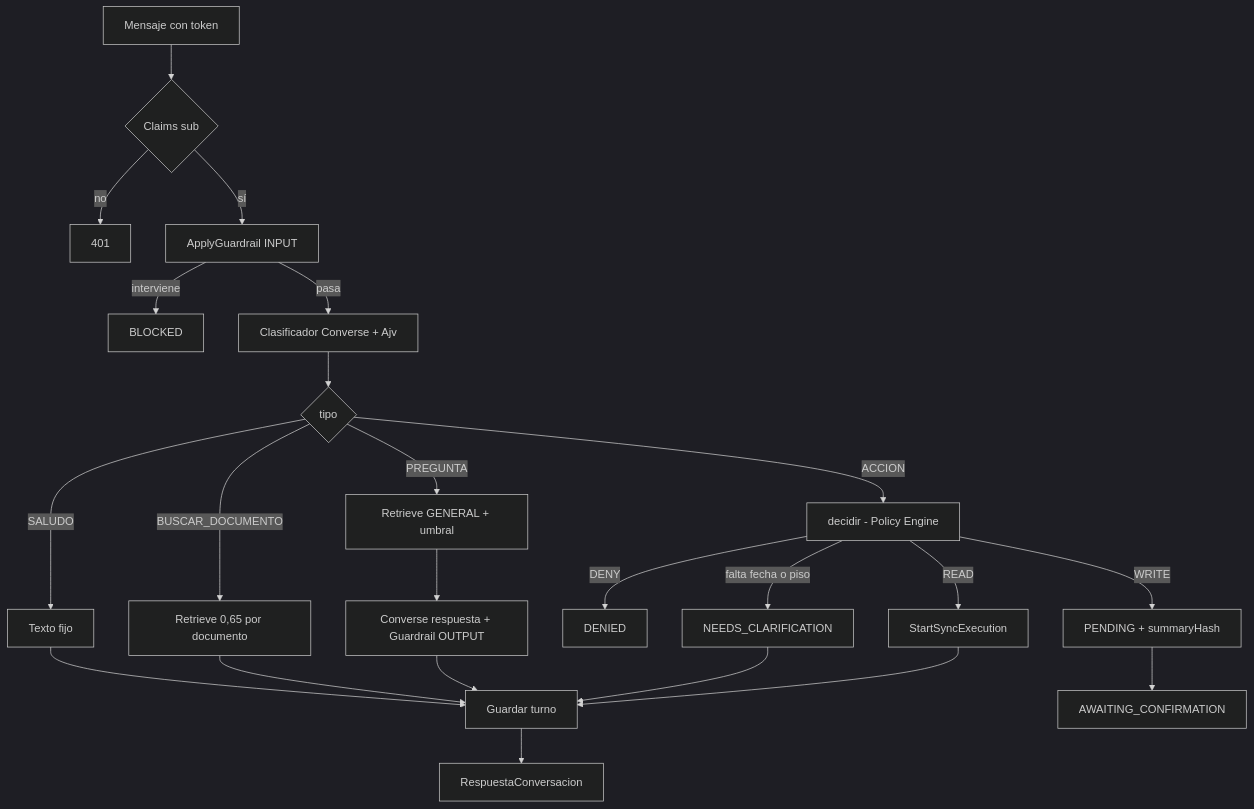
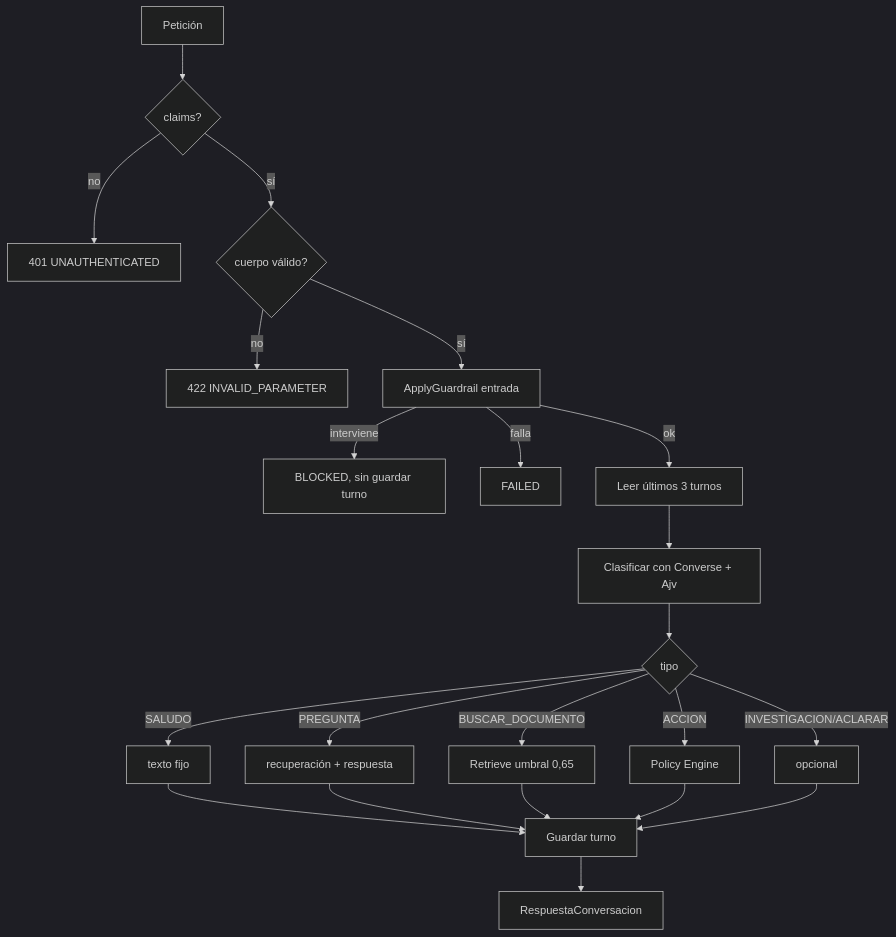
The second of 4 diagrams in .kiro/specs/nucleo-agente/design.md (xgaona/hackathon), drawn with Mermaid (dark theme) before and after one commit. The commit also changed other lines of this file and 17 other files, not shown here.

````diff
--- a/.kiro/specs/nucleo-agente/design.md
+++ b/.kiro/specs/nucleo-agente/design.md
@@ -14,25 +76,20 @@
 ```mermaid
 flowchart TD
-    A[Mensaje con token] --> B{Claims sub}
-    B -- no --> X[401]
-    B -- sí --> C[ApplyGuardrail INPUT]
-    C -- interviene --> Y[BLOCKED]
-    C -- pasa --> D[Clasificador Converse + Ajv]
-    D --> E{tipo}
-    E -- SALUDO --> F[Texto fijo]
-    E -- PREGUNTA --> G[Retrieve GENERAL + umbral]
-    E -- BUSCAR_DOCUMENTO --> H[Retrieve 0,65 por documento]
-    E -- ACCION --> I[decidir - Policy Engine]
-    G --> J[Converse respuesta + Guardrail OUTPUT]
-    I -- DENY --> K[DENIED]
-    I -- falta fecha o piso --> L[NEEDS_CLARIFICATION]
-    I -- READ --> M[StartSyncExecution]
-    I -- WRITE --> N[PENDING + summaryHash]
-    F --> T[Guardar turno]
-    H --> T
-    J --> T
-    L --> T
-    M --> T
-    N --> Z[AWAITING_CONFIRMATION]
-    T --> R[RespuestaConversacion]
+    A[Petición] --> B{claims?}
+    B -- no --> E401[401 UNAUTHENTICATED]
+    B -- sí --> C{cuerpo válido?}
+    C -- no --> E422[422 INVALID_PARAMETER]
+    C -- sí --> D[ApplyGuardrail entrada]
+    D -- interviene --> BL[BLOCKED, sin guardar turno]
+    D -- falla --> FA[FAILED]
+    D -- ok --> F[Leer últimos 3 turnos]
+    F --> G[Clasificar con Converse + Ajv]
+    G --> T{tipo}
+    T -- SALUDO --> S[texto fijo]
+    T -- PREGUNTA --> P[recuperación + respuesta]
+    T -- BUSCAR_DOCUMENTO --> BD[Retrieve umbral 0,65]
+    T -- ACCION --> PE[Policy Engine]
+    T -- INVESTIGACION/ACLARAR --> OPC[opcional]
+    S & P & BD & PE & OPC --> GT[Guardar turno]
+    GT --> R[RespuestaConversacion]
 ```
````
